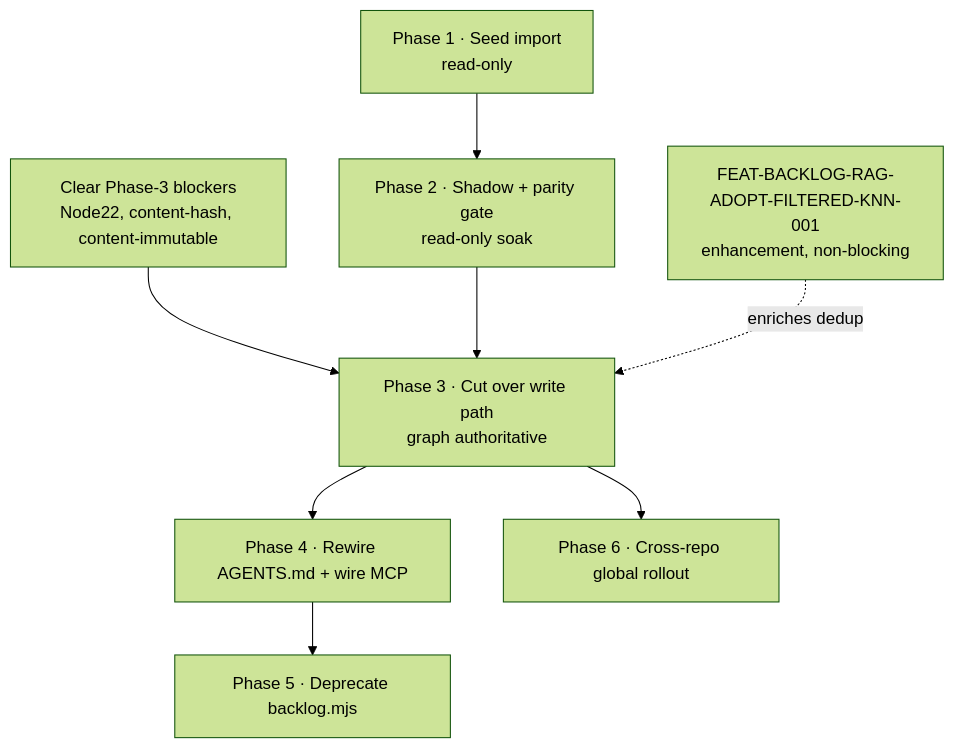
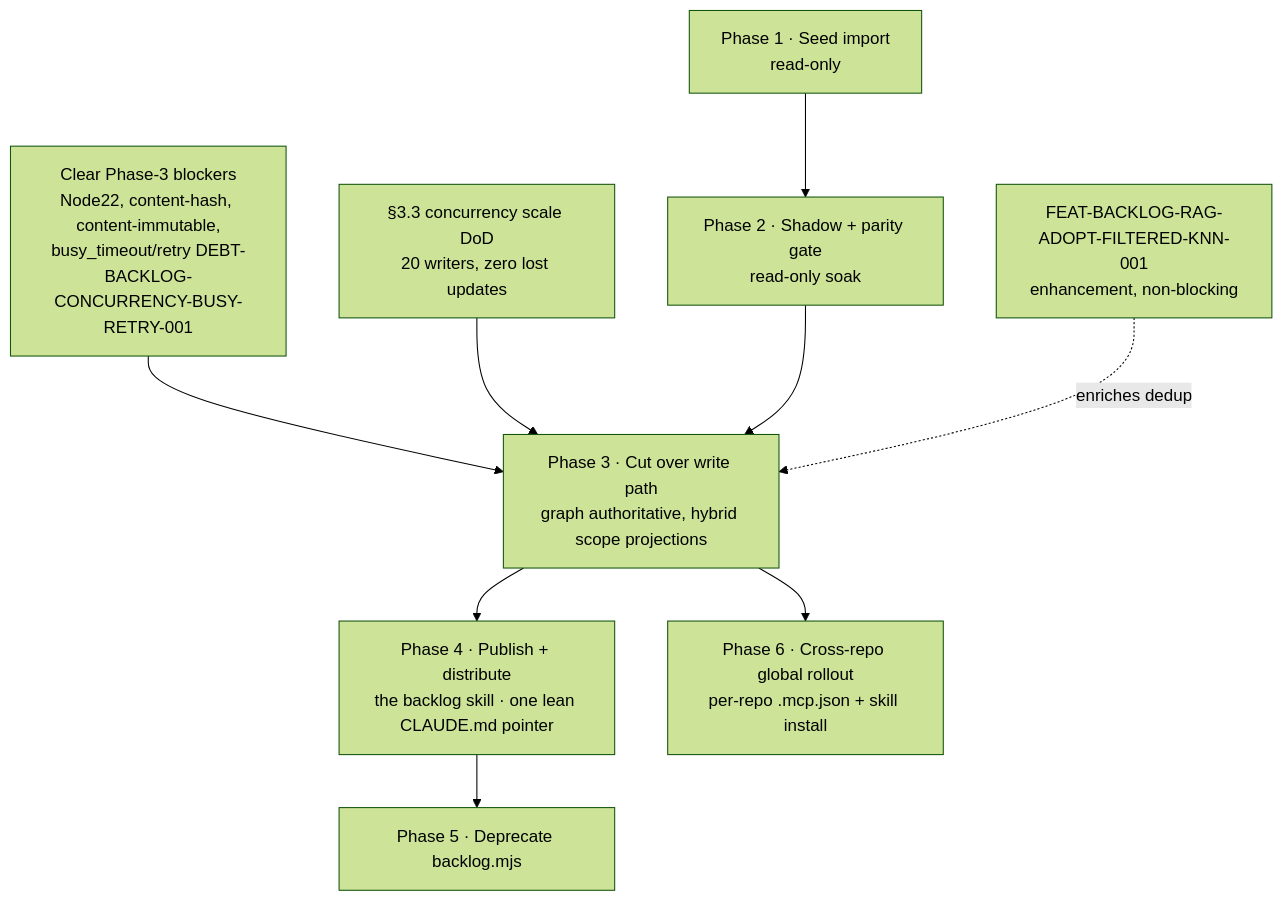
Before and after one commit to PseudoSky/adhd: the diagram in docs/plan/backlog-adoption/MIGRATION.md, drawn with Mermaid (forest theme). The commit also changed other lines of this file and 1 other file, not shown here.

First line of the commit message:
docs(backlog): extend adoption plan (skill-based rollout + scope + concurrency); file DEBT-BACKLOG-CONCURRENCY-BUSY-RETRY-001

````diff
--- a/docs/plan/backlog-adoption/MIGRATION.md
+++ b/docs/plan/backlog-adoption/MIGRATION.md
@@ -213,10 +818,11 @@
 ```mermaid
 graph TD
   P1[Phase 1 · Seed import<br/>read-only] --> P2[Phase 2 · Shadow + parity gate<br/>read-only soak]
-  B[Clear Phase-3 blockers<br/>Node22, content-hash, content-immutable] --> P3
-  P2 --> P3[Phase 3 · Cut over write path<br/>graph authoritative]
-  P3 --> P4[Phase 4 · Rewire AGENTS.md + wire MCP]
+  B[Clear Phase-3 blockers<br/>Node22, content-hash, content-immutable,<br/>busy_timeout/retry DEBT-BACKLOG-CONCURRENCY-BUSY-RETRY-001] --> P3
+  SCALE[§3.3 concurrency scale DoD<br/>20 writers, zero lost updates] --> P3
+  P2 --> P3[Phase 3 · Cut over write path<br/>graph authoritative, hybrid scope projections]
+  P3 --> P4[Phase 4 · Publish + distribute<br/>the backlog skill · one lean CLAUDE.md pointer]
   P4 --> P5[Phase 5 · Deprecate backlog.mjs]
-  P3 --> P6[Phase 6 · Cross-repo global rollout]
+  P3 --> P6[Phase 6 · Cross-repo global rollout<br/>per-repo .mcp.json + skill install]
   RAG[FEAT-BACKLOG-RAG-ADOPT-FILTERED-KNN-001<br/>enhancement, non-blocking] -.enriches dedup.-> P3
 ```
````
